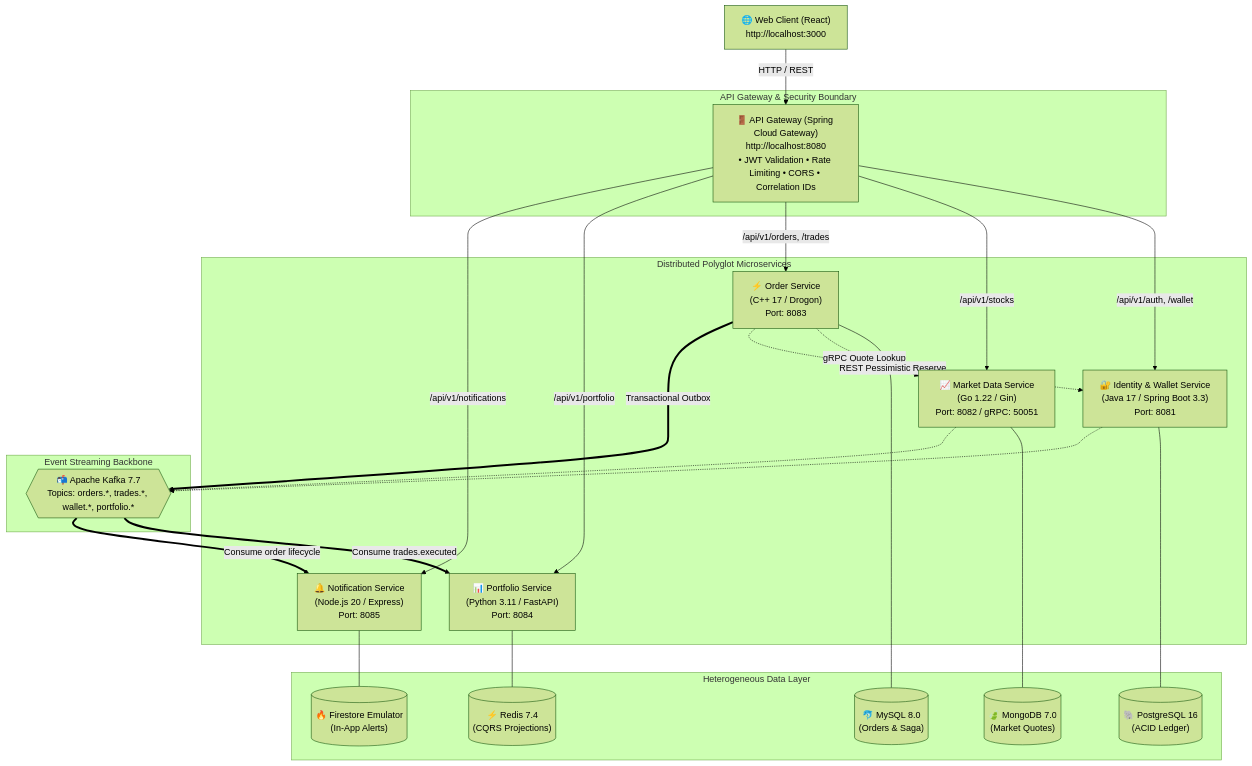
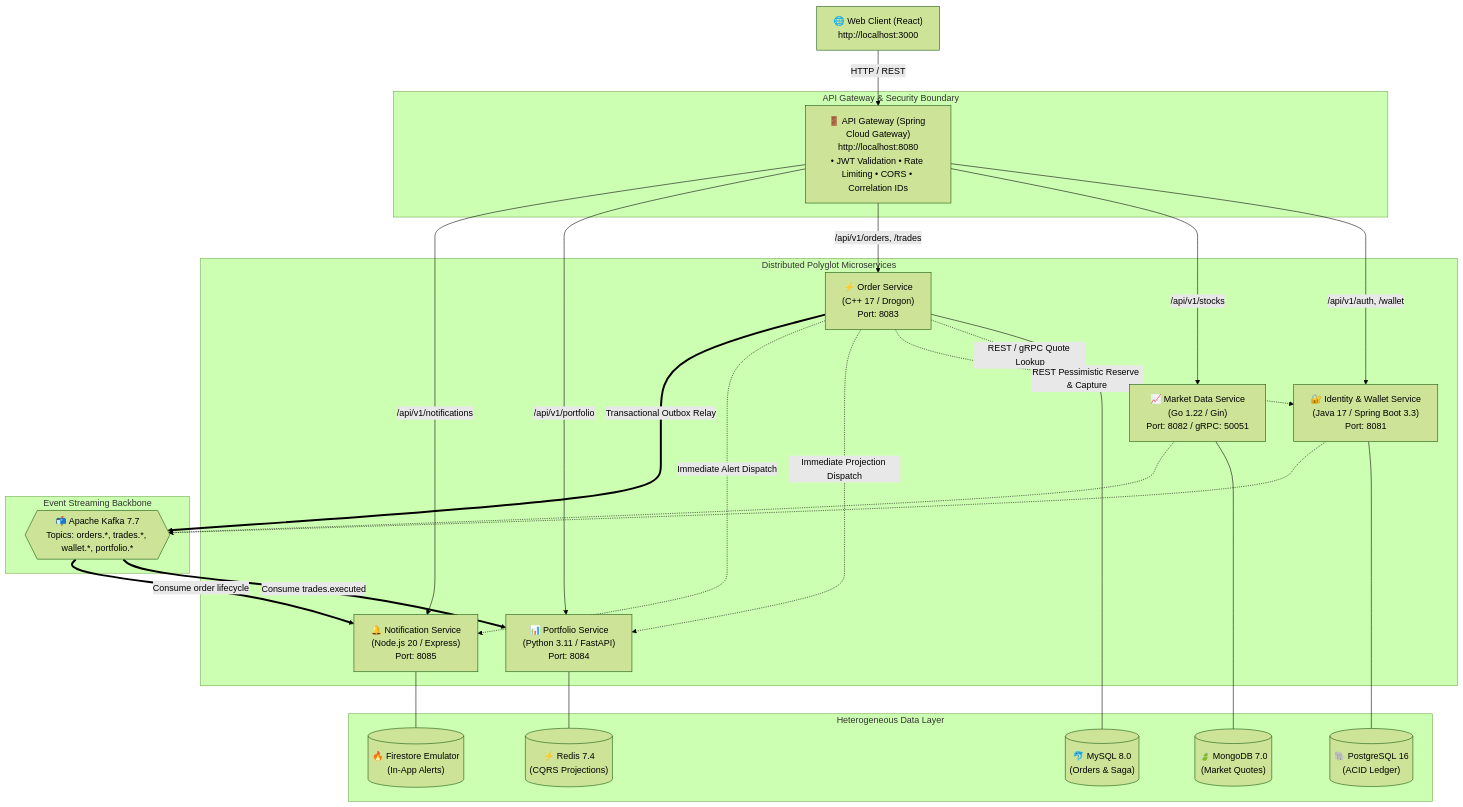
The diagram in README.md (jenilsoni01/stock-trading-platform), drawn with Mermaid (forest theme) before and after one commit. The commit also changed 2 other files, not shown here.

Commit message:
docs(architecture): update all architecture diagrams with dual-dispatch, self-contained databases per node, and multi-PC topology

````diff
--- a/README.md
+++ b/README.md
@@ -36,50 +36,52 @@
 ```mermaid
 flowchart TD
     Client["🌐 Web Client (React)<br/>http://localhost:3000"]
     
     subgraph GatewayLayer ["API Gateway & Security Boundary"]
         Gateway["🚪 API Gateway (Spring Cloud Gateway)<br/>http://localhost:8080<br/>• JWT Validation • Rate Limiting • CORS • Correlation IDs"]
     end
 
     subgraph Microservices ["Distributed Polyglot Microservices"]
         Identity["🔐 Identity & Wallet Service<br/>(Java 17 / Spring Boot 3.3)<br/>Port: 8081"]
         Market["📈 Market Data Service<br/>(Go 1.22 / Gin)<br/>Port: 8082 / gRPC: 50051"]
         Order["⚡ Order Service<br/>(C++ 17 / Drogon)<br/>Port: 8083"]
         Portfolio["📊 Portfolio Service<br/>(Python 3.11 / FastAPI)<br/>Port: 8084"]
         Notification["🔔 Notification Service<br/>(Node.js 20 / Express)<br/>Port: 8085"]
     end
 
     subgraph DataStores ["Heterogeneous Data Layer"]
         Postgres[("🐘 PostgreSQL 16<br/>(ACID Ledger)")]
         MongoDB[("🍃 MongoDB 7.0<br/>(Market Quotes)")]
         MySQL[("🐬 MySQL 8.0<br/>(Orders & Saga)")]
         Redis[("⚡ Redis 7.4<br/>(CQRS Projections)")]
         Firestore[("🔥 Firestore Emulator<br/>(In-App Alerts)")]
     end
 
     subgraph EventBackbone ["Event Streaming Backbone"]
         Kafka{{"📬 Apache Kafka 7.7<br/>Topics: orders.*, trades.*, wallet.*, portfolio.*"}}
     end
 
     Client -->|HTTP / REST| Gateway
     Gateway -->|/api/v1/auth, /wallet| Identity
     Gateway -->|/api/v1/stocks| Market
     Gateway -->|/api/v1/orders, /trades| Order
     Gateway -->|/api/v1/portfolio| Portfolio
     Gateway -->|/api/v1/notifications| Notification
 
     Identity --- Postgres
     Market --- MongoDB
     Order --- MySQL
     Portfolio --- Redis
     Notification --- Firestore
 
-    Order -.->|gRPC Quote Lookup| Market
-    Order -.->|REST Pessimistic Reserve| Identity
+    Order -.->|REST / gRPC Quote Lookup| Market
+    Order -.->|REST Pessimistic Reserve & Capture| Identity
+    Order -.->|Immediate Projection Dispatch| Portfolio
+    Order -.->|Immediate Alert Dispatch| Notification
 
-    Order ==>|Transactional Outbox| Kafka
+    Order ==>|Transactional Outbox Relay| Kafka
     Identity -.-> Kafka
     Market -.-> Kafka
     Kafka ==>|Consume trades.executed| Portfolio
     Kafka ==>|Consume order lifecycle| Notification
 ```
````
